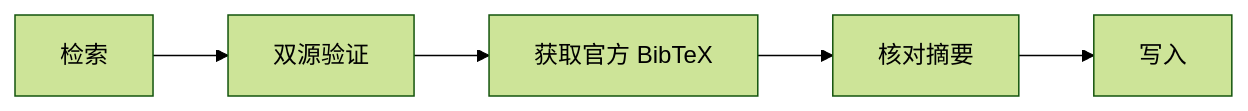
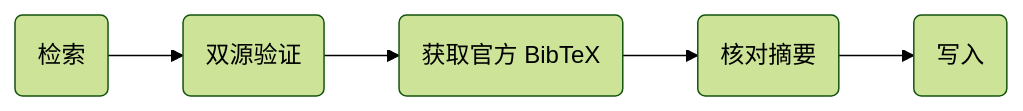
One commit to yiweinanzi/ai-research-ebook changed the second of 3 diagrams in src/content/docs/writing/collaboration.mdx. Above: the diagram before and after it, drawn with Mermaid (forest theme). The commit also changed other lines of this file and 12 other files, not shown here.

First line of the commit message:
fix: Mermaid diagrams - remove Chinese punctuation parsing issues

````diff
--- a/src/content/docs/writing/collaboration.mdx
+++ b/src/content/docs/writing/collaboration.mdx
@@ -35,8 +37,10 @@
 ```mermaid
 flowchart LR
-    A[检索] --> B[双源验证]
-    B --> C[获取官方 BibTeX]
-    C --> D[核对摘要]
-    D --> E[写入]
+    A(检索) --> B(双源验证)
+    B --> C(获取官方 BibTeX)
+    C --> D(核对摘要)
+    D --> E(写入)
+
+
 
 ```
````
